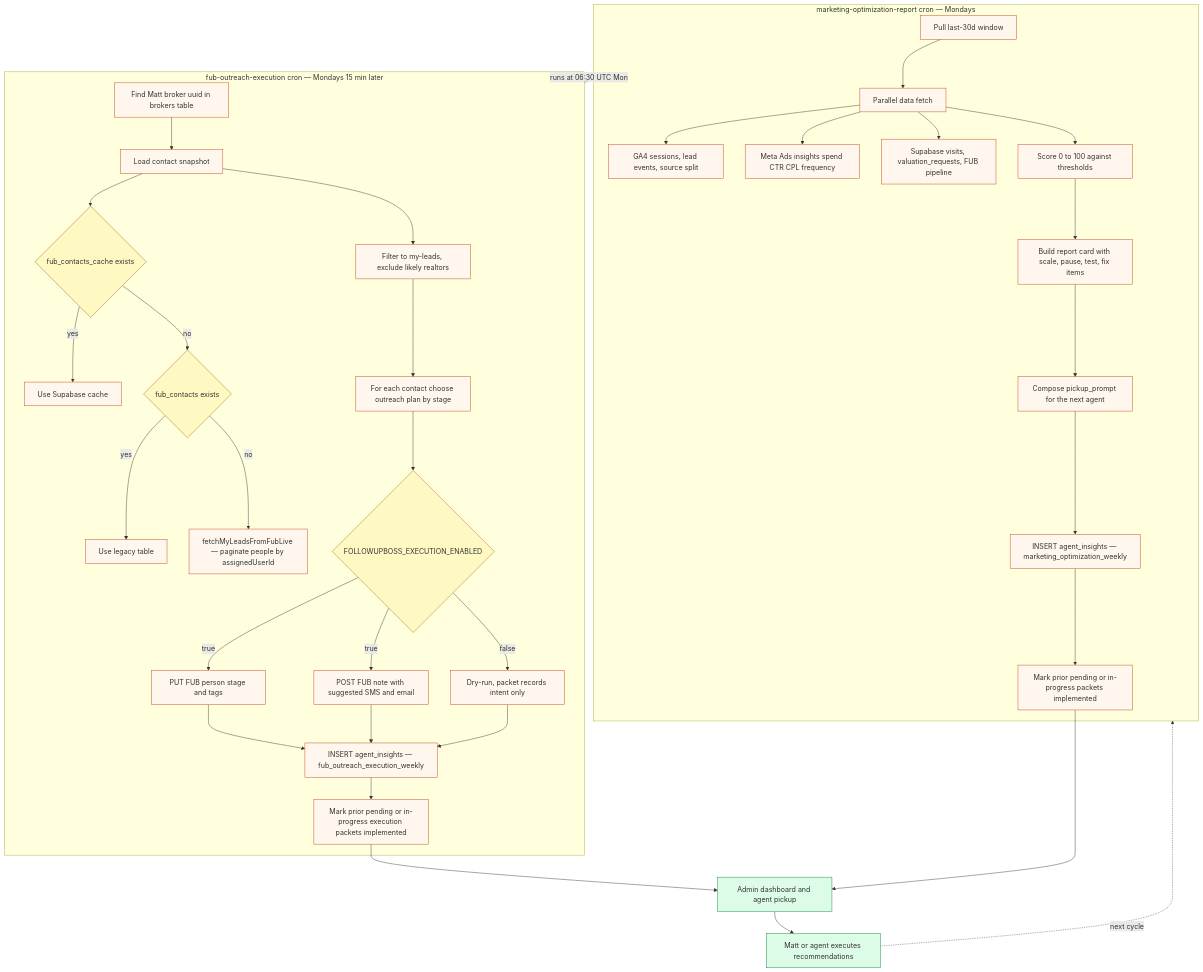
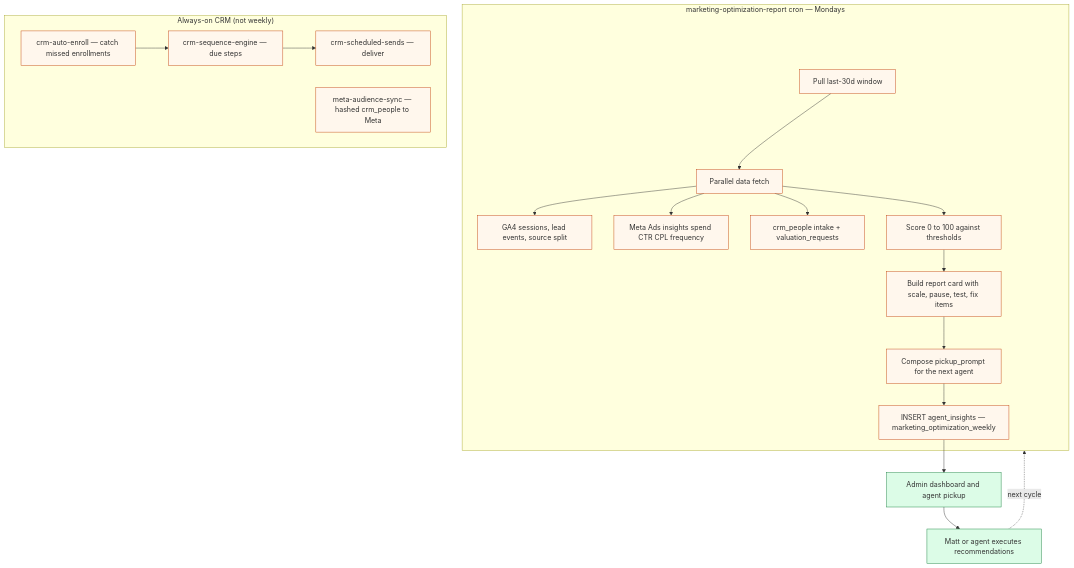
The fifth of 9 diagrams in docs/FACEBOOK_SELLER_GROWTH_PIPELINE.md (RyanRealty/RyanRealty), drawn with Mermaid before and after one commit. The commit also changed other lines of this file and 10 other files, not shown here.

````diff
--- a/docs/FACEBOOK_SELLER_GROWTH_PIPELINE.md
+++ b/docs/FACEBOOK_SELLER_GROWTH_PIPELINE.md
@@ -279,54 +272,33 @@
 ```mermaid
 flowchart TB
     subgraph MOR["marketing-optimization-report cron — Mondays"]
         MOR1["Pull last-30d window"]
         MOR2["Parallel data fetch"]
         MOR2 --> MOR2a["GA4 sessions, lead events, source split"]
         MOR2 --> MOR2b["Meta Ads insights spend CTR CPL frequency"]
-        MOR2 --> MOR2c["Supabase visits, valuation_requests, FUB pipeline"]
+        MOR2 --> MOR2c["crm_people intake + valuation_requests"]
         MOR3["Score 0 to 100 against thresholds"]
         MOR4["Build report card with scale, pause, test, fix items"]
         MOR5["Compose pickup_prompt for the next agent"]
         MOR6["INSERT agent_insights — marketing_optimization_weekly"]
-        MOR7["Mark prior pending or in-progress packets implemented"]
-        MOR1 --> MOR2 --> MOR3 --> MOR4 --> MOR5 --> MOR6 --> MOR7
+        MOR1 --> MOR2 --> MOR3 --> MOR4 --> MOR5 --> MOR6
     end
 
-    subgraph FOE["fub-outreach-execution cron — Mondays 15 min later"]
-        FOE1["Find Matt broker uuid in brokers table"]
-        FOE2["Load contact snapshot"]
-        FOE2 --> FOE2a{"fub_contacts_cache exists"}
-        FOE2a -->|yes| FOE2b["Use Supabase cache"]
-        FOE2a -->|no| FOE2c{"fub_contacts exists"}
-        FOE2c -->|yes| FOE2d["Use legacy table"]
-        FOE2c -->|no| FOE2e["fetchMyLeadsFromFubLive — paginate people by assignedUserId"]
-        FOE3["Filter to my-leads, exclude likely realtors"]
-        FOE4["For each contact choose outreach plan by stage"]
-        FOE5{"FOLLOWUPBOSS_EXECUTION_ENABLED"}
-        FOE5 -->|true| FOE6a["PUT FUB person stage and tags"]
-        FOE5 -->|true| FOE6b["POST FUB note with suggested SMS and email"]
-        FOE5 -->|false| FOE6c["Dry-run, packet records intent only"]
-        FOE7["INSERT agent_insights — fub_outreach_execution_weekly"]
-        FOE8["Mark prior pending or in-progress execution packets implemented"]
-        FOE1 --> FOE2 --> FOE3 --> FOE4 --> FOE5
-        FOE6a --> FOE7
-        FOE6b --> FOE7
-        FOE6c --> FOE7
-        FOE7 --> FOE8
+    subgraph NURTURE["Always-on CRM (not weekly)"]
+        ENR["crm-auto-enroll — catch missed enrollments"]
+        SEQ["crm-sequence-engine — due steps"]
+        SND["crm-scheduled-sends — deliver"]
+        AUD["meta-audience-sync — hashed crm_people to Meta"]
     end
 
-    MOR -. runs at 06:30 UTC Mon .-> FOE
-    MOR7 --> AGENT["Admin dashboard and agent pickup"]
-    FOE8 --> AGENT
+    MOR6 --> AGENT["Admin dashboard and agent pickup"]
+    ENR --> SEQ --> SND
     AGENT --> ACTION["Matt or agent executes recommendations"]
     ACTION -. next cycle .-> MOR
 
     classDef step fill:#fff7ed,stroke:#c2410c
-    classDef decision fill:#fef9c3,stroke:#a16207
     classDef action fill:#dcfce7,stroke:#15803d
 
-    class MOR1,MOR2,MOR2a,MOR2b,MOR2c,MOR3,MOR4,MOR5,MOR6,MOR7 step
-    class FOE1,FOE2,FOE2b,FOE2d,FOE2e,FOE3,FOE4,FOE6a,FOE6b,FOE6c,FOE7,FOE8 step
-    class FOE2a,FOE2c,FOE5 decision
+    class MOR1,MOR2,MOR2a,MOR2b,MOR2c,MOR3,MOR4,MOR5,MOR6,ENR,SEQ,SND,AUD step
     class AGENT,ACTION action
 ```
````
